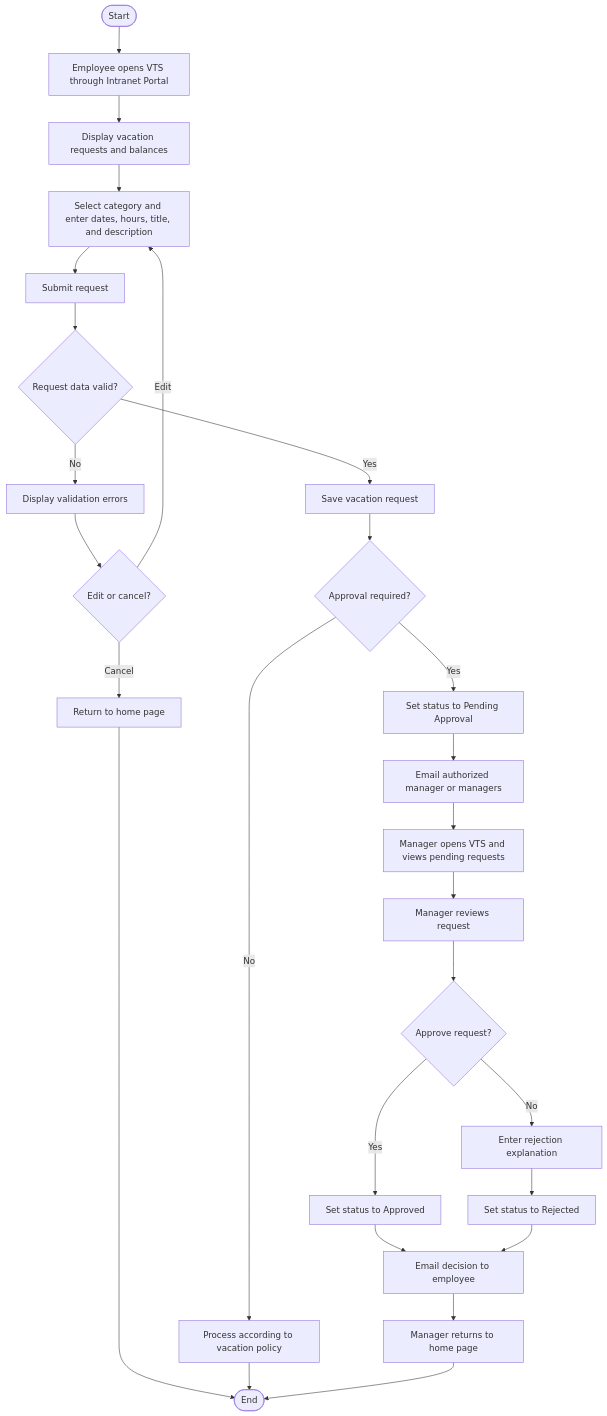
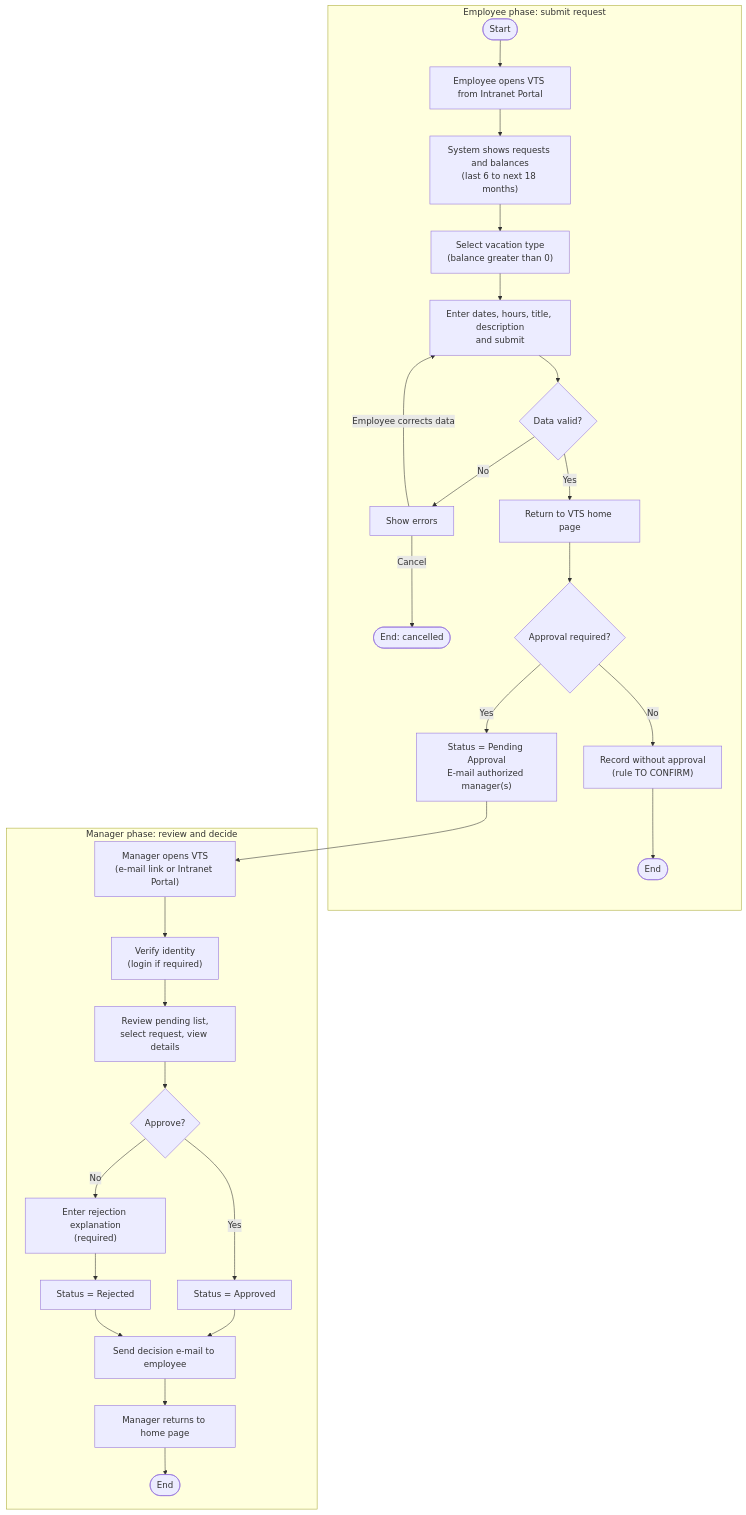
One commit to AhhmedNasser74/Vacation-Tracking-System changed the third of 4 diagrams in README.md. Above: the diagram before and after it, drawn with Mermaid. The commit also changed other lines of this file, not shown here.

````diff
--- a/README.md
+++ b/README.md
@@ -401,35 +315,34 @@
 ```mermaid
 flowchart TD
-    A([Start]) --> B[Employee opens VTS through Intranet Portal]
-    B --> C[Display vacation requests and balances]
-    C --> D[Select category and enter dates, hours, title, and description]
-    D --> E[Submit request]
-    E --> F{Request data valid?}
+    subgraph EMP["Employee phase: submit request"]
+        S([Start]) --> A1["Employee opens VTS from Intranet Portal"]
+        A1 --> A2["System shows requests and balances<br/>(last 6 to next 18 months)"]
+        A2 --> A3["Select vacation type<br/>(balance greater than 0)"]
+        A3 --> A4["Enter dates, hours, title, description<br/>and submit"]
+        A4 --> D1{"Data valid?"}
+        D1 -- No --> E1["Show errors"]
+        E1 -- Employee corrects data --> A4
+        E1 -- Cancel --> X1([End: cancelled])
+        D1 -- Yes --> A5["Return to VTS home page"]
+        A5 --> D2{"Approval required?"}
+        D2 -- No --> N1["Record without approval<br/>(rule TO CONFIRM)"]
+        N1 --> X2([End])
+        D2 -- Yes --> A6["Status = Pending Approval<br/>E-mail authorized manager(s)"]
+    end
 
-    F -- No --> G[Display validation errors]
-    G --> H{Edit or cancel?}
-    H -- Edit --> D
-    H -- Cancel --> I[Return to home page]
-    I --> Z([End])
+    subgraph MGR["Manager phase: review and decide"]
+        B1["Manager opens VTS<br/>(e-mail link or Intranet Portal)"]
+        B1 --> B2["Verify identity<br/>(login if required)"]
+        B2 --> B3["Review pending list,<br/>select request, view details"]
+        B3 --> D3{"Approve?"}
+        D3 -- Yes --> B4["Status = Approved"]
+        D3 -- No --> B5["Enter rejection explanation<br/>(required)"]
+        B5 --> B6["Status = Rejected"]
+        B4 --> B7["Send decision e-mail to employee"]
+        B6 --> B7
+        B7 --> B8["Manager returns to home page"]
+        B8 --> X3([End])
+    end
 
-    F -- Yes --> J[Save vacation request]
-    J --> K{Approval required?}
-
-    K -- No --> L[Process according to vacation policy]
-    L --> Z
-
-    K -- Yes --> M[Set status to Pending Approval]
-    M --> N[Email authorized manager or managers]
-    N --> O[Manager opens VTS and views pending requests]
-    O --> P[Manager reviews request]
-    P --> Q{Approve request?}
-
-    Q -- Yes --> R[Set status to Approved]
-    Q -- No --> S[Enter rejection explanation]
-    S --> T[Set status to Rejected]
-
-    R --> U[Email decision to employee]
-    T --> U
-    U --> V[Manager returns to home page]
-    V --> Z
+    A6 --> B1
 ```
````
